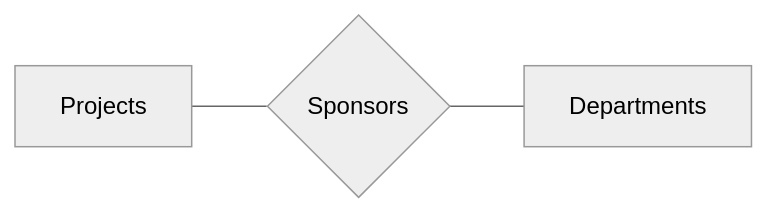
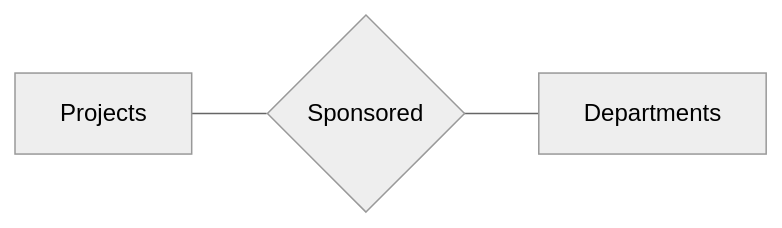
One commit to nkarl/wsu-cpts-451-dbms changed the third of 7 diagrams in week-1/ER Models for Relational DB.md. Above: the diagram before and after it, drawn with Mermaid (neutral theme). The commit also changed other lines of this file, not shown here.

````diff
--- a/week-1/ER Models for Relational DB.md
+++ b/week-1/ER Models for Relational DB.md
@@ -88,4 +88,4 @@
 ```mermaid
 graph LR
-Projects --- sponsors{Sponsors} --- Departments
+Projects --- sponsored{Sponsored} --- Departments
 ```
````
